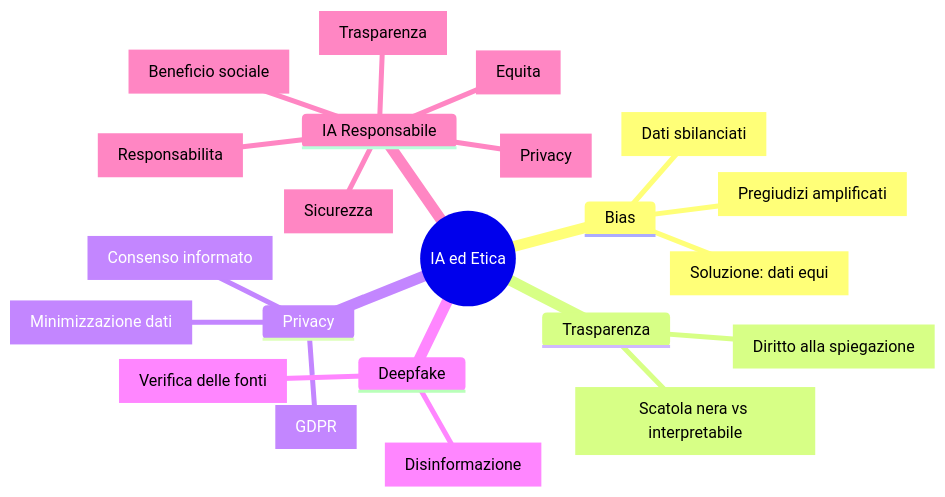
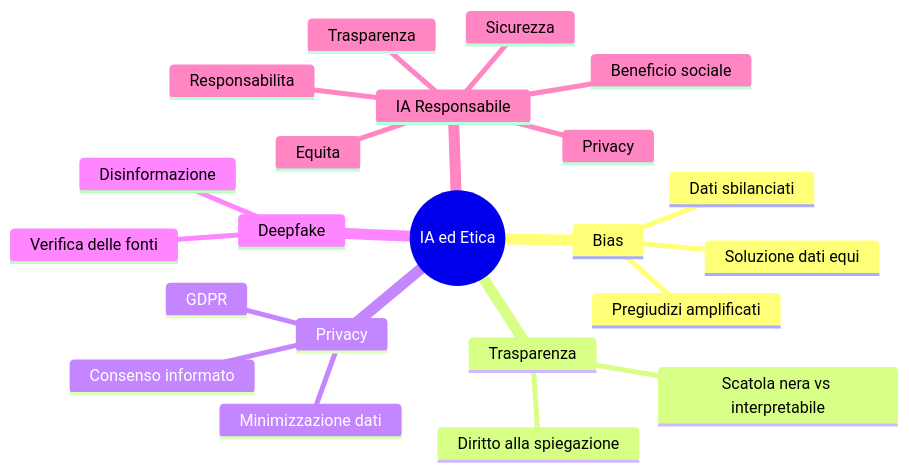
The diagram in docs/ai/09_etica.qmd (Federob/infohandouts), drawn with Mermaid before and after one commit. The commit also changed other lines of this file and 110 other files, not shown here.

````diff
--- a/docs/ai/09_etica.qmd
+++ b/docs/ai/09_etica.qmd
@@ -214,25 +215,25 @@
-```mermaid
+```{mermaid}
 mindmap
   root((IA ed Etica))
     Bias
-      ["Dati sbilanciati"]
-      ["Pregiudizi amplificati"]
-      ["Soluzione: dati equi"]
+      Dati sbilanciati
+      Pregiudizi amplificati
+      Soluzione dati equi
     Trasparenza
-      ["Scatola nera vs interpretabile"]
-      ["Diritto alla spiegazione"]
+      Scatola nera vs interpretabile
+      Diritto alla spiegazione
     Privacy
-      ["GDPR"]
-      ["Minimizzazione dati"]
-      ["Consenso informato"]
+      GDPR
+      Minimizzazione dati
+      Consenso informato
     Deepfake
-      ["Disinformazione"]
-      ["Verifica delle fonti"]
+      Disinformazione
+      Verifica delle fonti
     IA Responsabile
-      ["Equita"]
-      ["Trasparenza"]
-      ["Privacy"]
-      ["Sicurezza"]
-      ["Responsabilita"]
-      ["Beneficio sociale"]
+      Equita
+      Trasparenza
+      Privacy
+      Sicurezza
+      Responsabilita
+      Beneficio sociale
 ```
````
